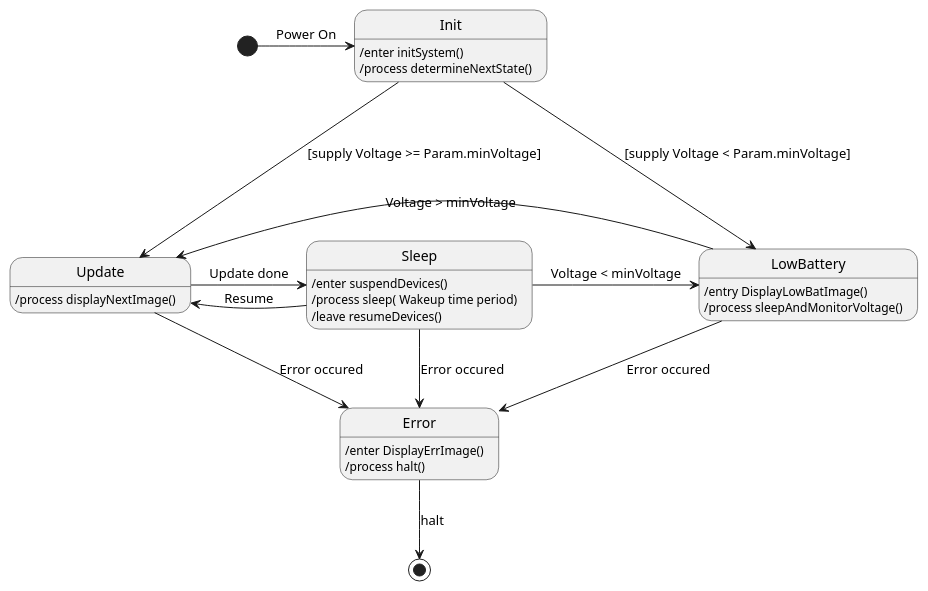
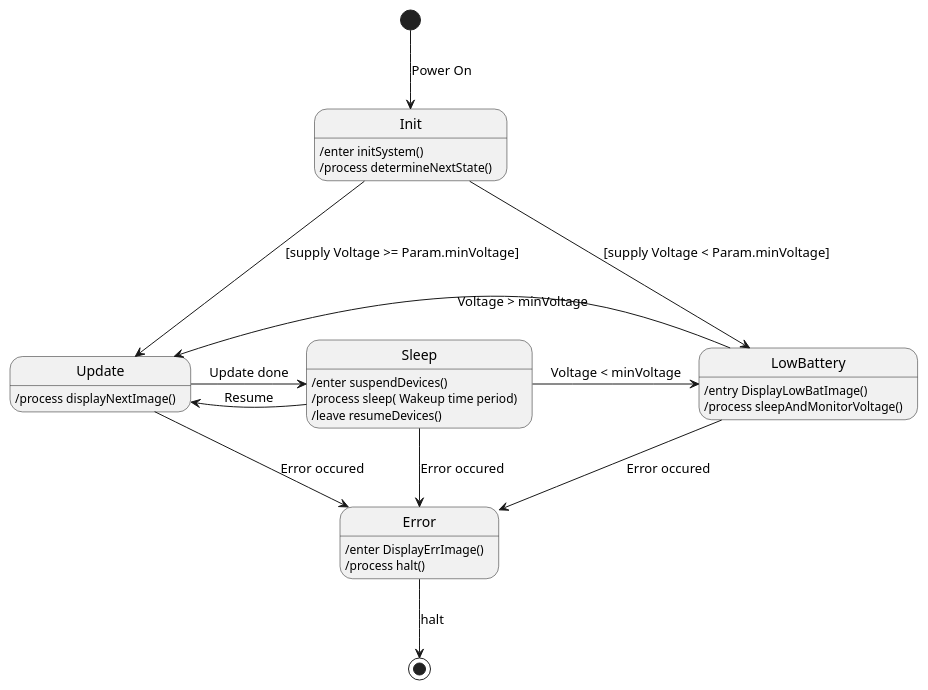
Before and after one commit to nhjschulz/EInkPicFrame: the diagram in design/plantuml/StateMachine.plantuml, drawn with PlantUML. The commit also changed 4 other files, not shown here.

```diff
--- a/design/plantuml/StateMachine.plantuml
+++ b/design/plantuml/StateMachine.plantuml
@@ -1,32 +1,32 @@
 @startuml StateMachine
 
-[*] -> Init : Power On
+[*] -d-> Init : Power On
 Init --->  Update : [supply Voltage >= Param.minVoltage]
 Init --> LowBattery : [supply Voltage < Param.minVoltage]
 
 
 Update -> Sleep : Update done
-Sleep -> LowBattery :  Voltage < minVoltage
+Sleep -> LowBattery : Voltage < minVoltage
 Sleep-l-> Update : Resume
 Update -d-> Error : Error occured
 Sleep -d-> Error : Error occured
 
 Error --> [*] : halt
 LowBattery -d-> Error: Error occured
-LowBattery -l> Update: Voltage > minVoltage
+LowBattery -l-> Update: Voltage > minVoltage
 Init: /enter initSystem()
 Init: /process determineNextState()
 
 Error: /enter DisplayErrImage()
 Error: /process halt()
 
 Update: /process displayNextImage()
 
 Sleep: /enter suspendDevices()
 Sleep: /process sleep( Wakeup time period)
 Sleep: /leave resumeDevices()
 
 LowBattery: /entry DisplayLowBatImage()
 LowBattery: /process sleepAndMonitorVoltage()
 
 @enduml
```
